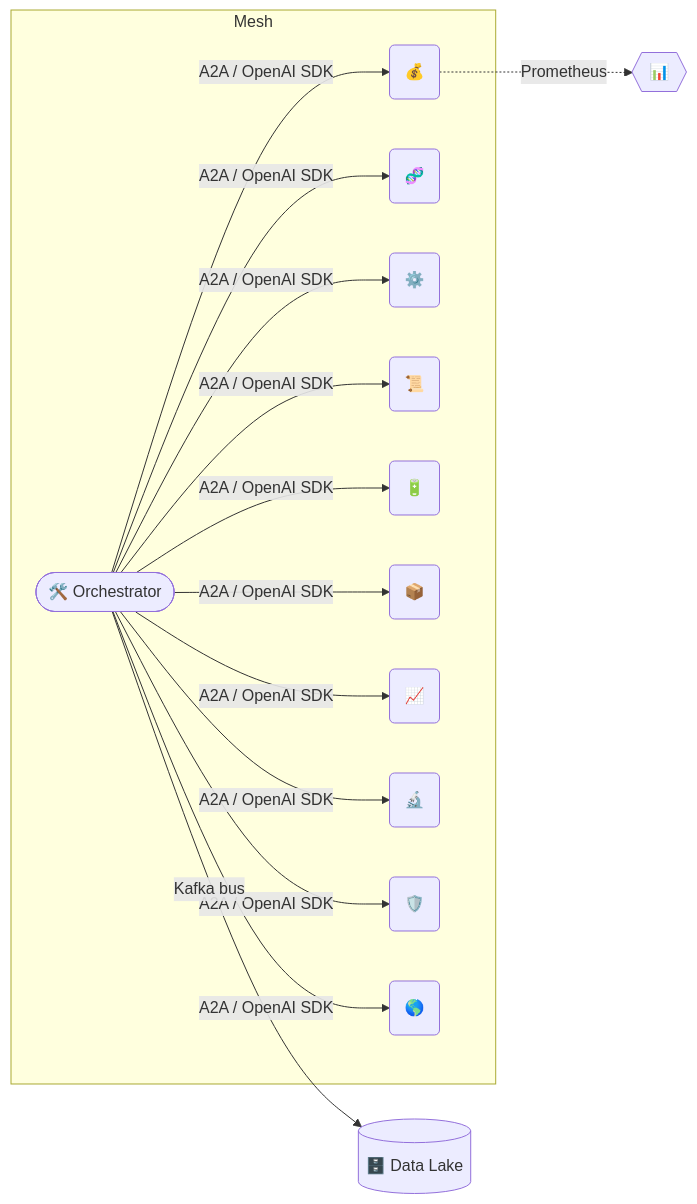
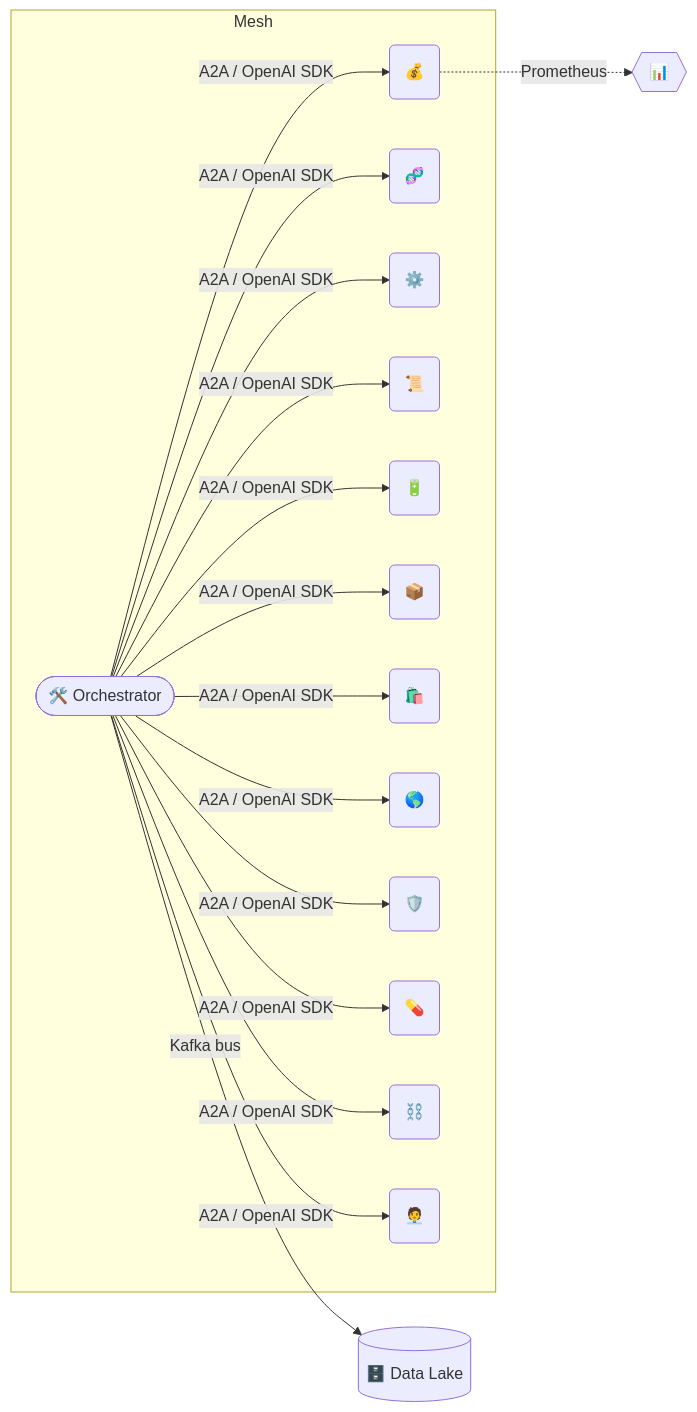
The second of 2 diagrams in alpha_factory_v1/backend/agents/README.md (vishalbelsare/AGI-Alpha-Agent-v0), drawn with Mermaid before and after one commit. The commit also changed other lines of this file, not shown here.

````diff
--- a/alpha_factory_v1/backend/agents/README.md
+++ b/alpha_factory_v1/backend/agents/README.md
@@ -179,19 +179,21 @@
 ```mermaid
 flowchart LR
   subgraph Mesh
     ORC([🛠️ Orchestrator])
     FIN(💰)
     BIO(🧬)
     MFG(⚙️)
     POL(📜)
     ENE(🔋)
     SUP(📦)
-    MKT(📈)
-    RES(🔬)
+    RET(🛍️)
+    CLM(🌎)
     CYB(🛡️)
-    CLI(🌎)
+    DRG(💊)
+    SMT(⛓️)
+    TLT(🧑‍💼)
   end
-  ORC -- A2A / OpenAI SDK --> FIN & BIO & MFG & POL & ENE & SUP & MKT & RES & CYB & CLI
+  ORC -- A2A / OpenAI SDK --> FIN & BIO & MFG & POL & ENE & SUP & RET & CLM & CYB & DRG & SMT & TLT
   ORC -- Kafka bus --> DATALAKE[(🗄️ Data Lake)]
   FIN -.->|Prometheus| GRAFANA{{📊}}
 ```
````
